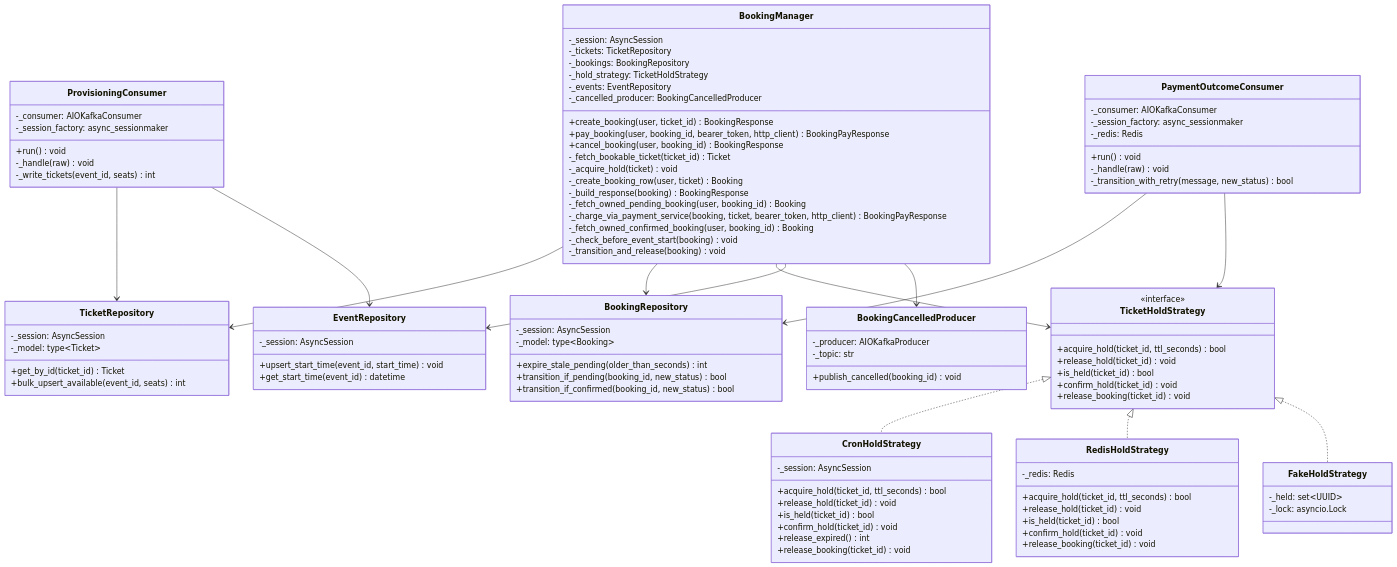
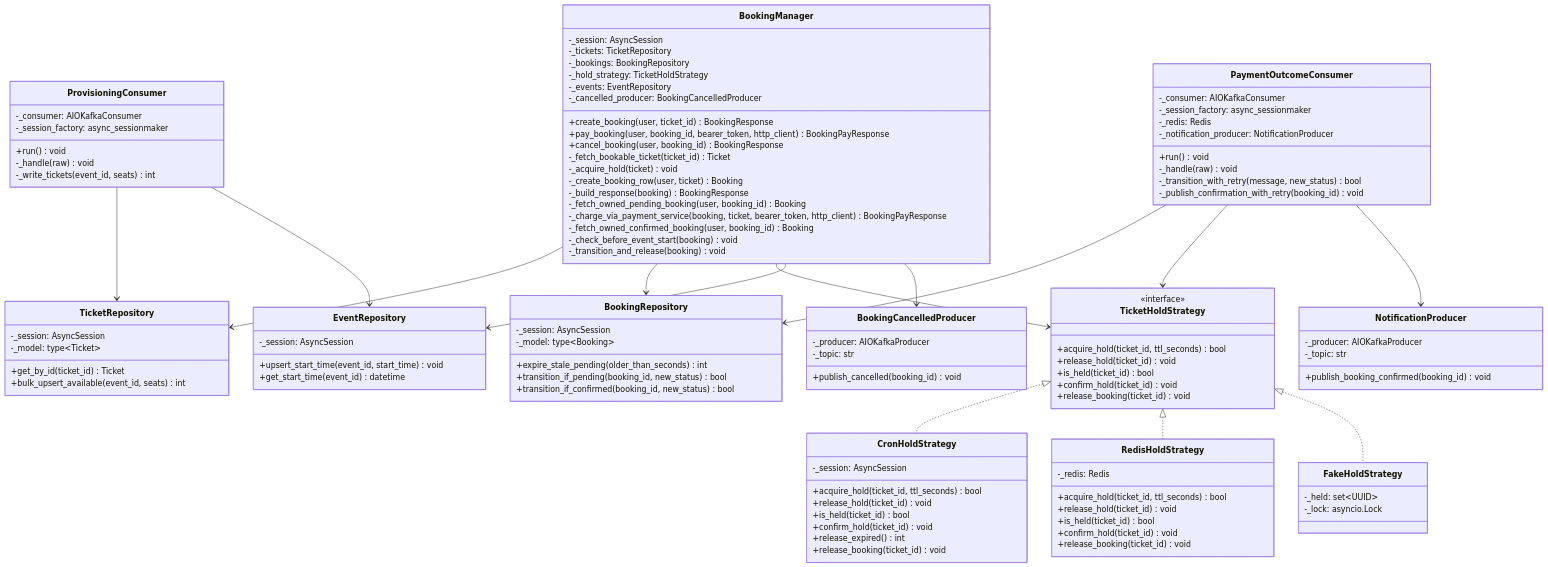
The third of 5 diagrams in docs/report/class-diagrams.md (STRYKER316/event-ticketing-platform), drawn with Mermaid before and after one commit. The commit also changed other lines of this file and 12 other files, not shown here.

Commit message:
docs: Phase 5 CHECKPOINT — architecture.html, cross-doc sweep, report chapters, exit checklist

````diff
--- a/docs/report/class-diagrams.md
+++ b/docs/report/class-diagrams.md
@@ -252,9 +252,17 @@
         -_consumer: AIOKafkaConsumer
         -_session_factory: async_sessionmaker
         -_redis: Redis
+        -_notification_producer: NotificationProducer
         +run() void
         -_handle(raw) void
         -_transition_with_retry(message, new_status) bool
+        -_publish_confirmation_with_retry(booking_id) void
+    }
+
+    class NotificationProducer {
+        -_producer: AIOKafkaProducer
+        -_topic: str
+        +publish_booking_confirmed(booking_id) void
     }
 
     class TicketHoldStrategy {
@@ -303,4 +311,5 @@
     ProvisioningConsumer --> EventRepository
     PaymentOutcomeConsumer --> BookingRepository
     PaymentOutcomeConsumer --> TicketHoldStrategy
+    PaymentOutcomeConsumer --> NotificationProducer
 ```
````
